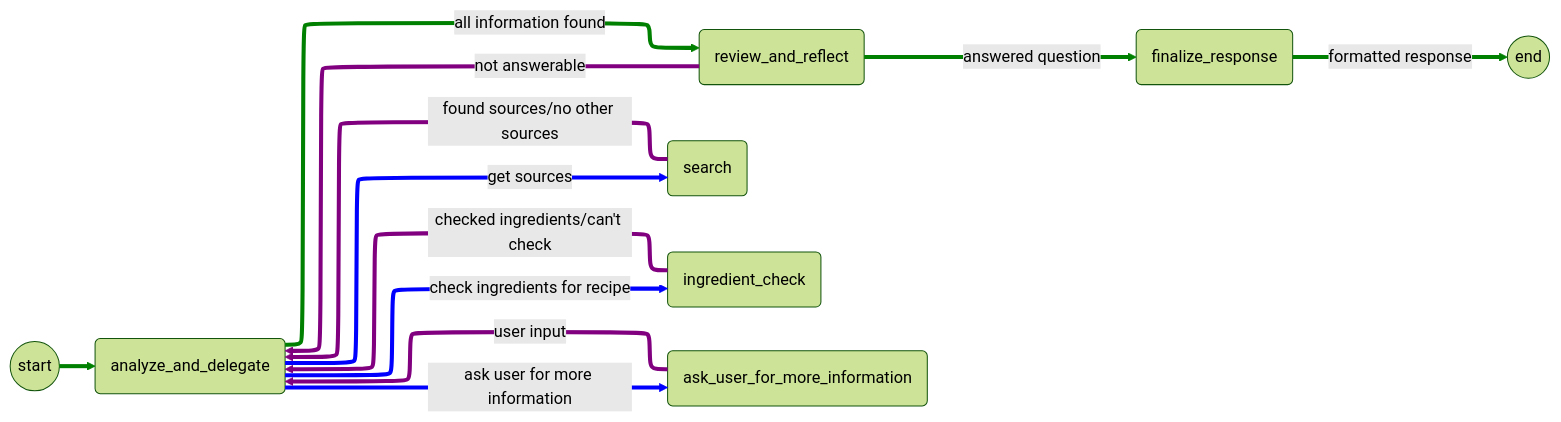
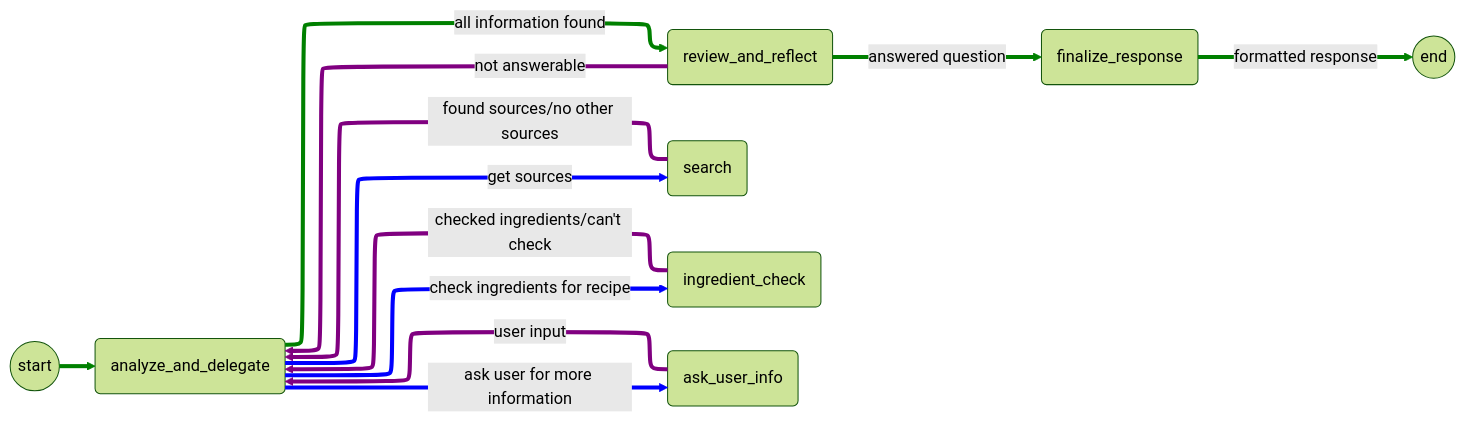
The diagram in README.md (JoshChima/chef_ai_api), drawn with Mermaid (forest theme) before and after one commit. The commit also changed other lines of this file and 12 other files, not shown here.

Commit message:
Implement core modules and state management for conversational agent; add graph and prompt definitions

````diff
--- a/README.md
+++ b/README.md
@@ -20,38 +20,38 @@
 ```mermaid
 graph LR
     %% Nodes:
     adq(analyze_and_delegate)
 
     rar(review_and_reflect)
 
     srch(search)
 
     fr(finalize_response)
 
     icheck(ingredient_check)
 
-    asku(ask_user_for_more_information)
+    asku(ask_user_info)
 
     start@{ shape: circle, label: "start"} --> adq
     %% Edges:
     %% Delegate
     adq -- get sources--> srch
     adq -- check ingredients for recipe --> icheck
     adq -- ask user for more information --> asku
     
     %% Delegate Back
     srch -- found sources/no other sources --> adq
     rar -- not answerable --> adq
     icheck -- checked ingredients/can't check --> adq
     asku -- user input --> adq
 
     %% Respond
     adq -- all information found --> rar
     rar -- answered question --> fr
     fr -- formatted response--> done@{ shape: circle, label: "end"}
 
     linkStyle 1,2,3 stroke:blue,stroke-width:4px,color:white;
     linkStyle 4,5,6,7 stroke:purple,stroke-width:4px,color:white;
     linkStyle 0,8,9,10 stroke:green,stroke-width:4px,color:white;
     %%{init: {"flowchart": {"defaultRenderer": "elk"}} }%%
 ```
````
